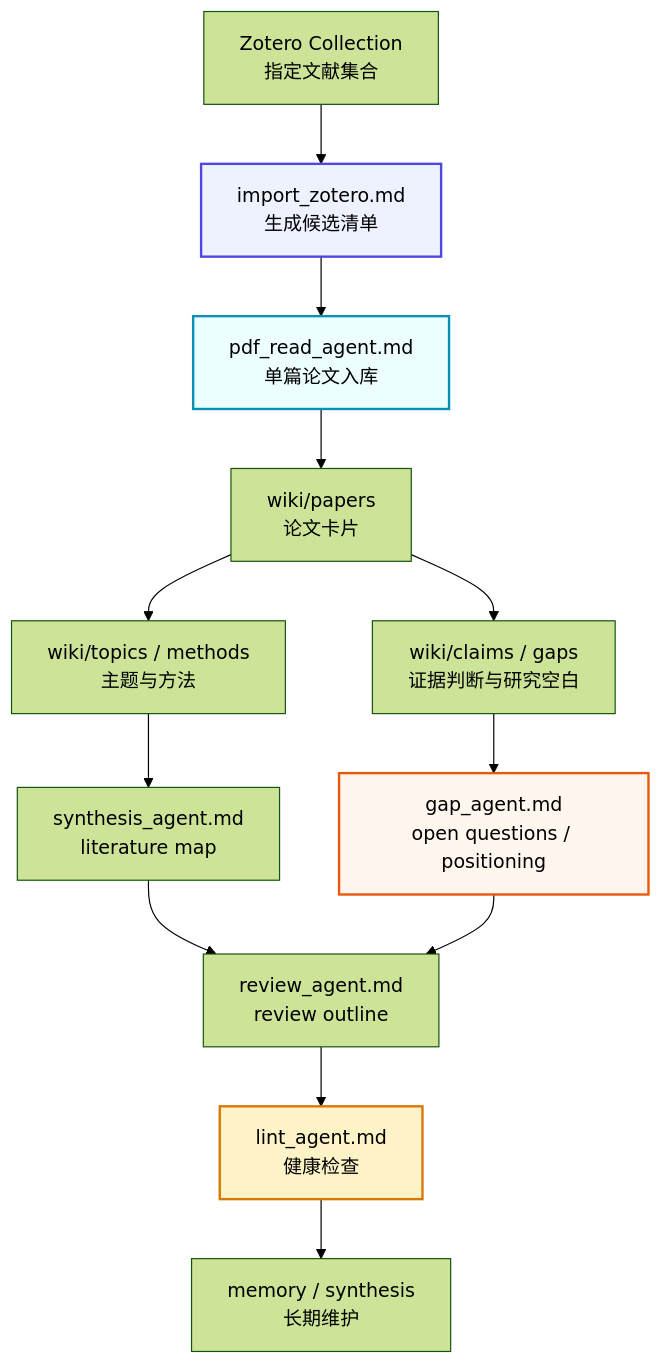
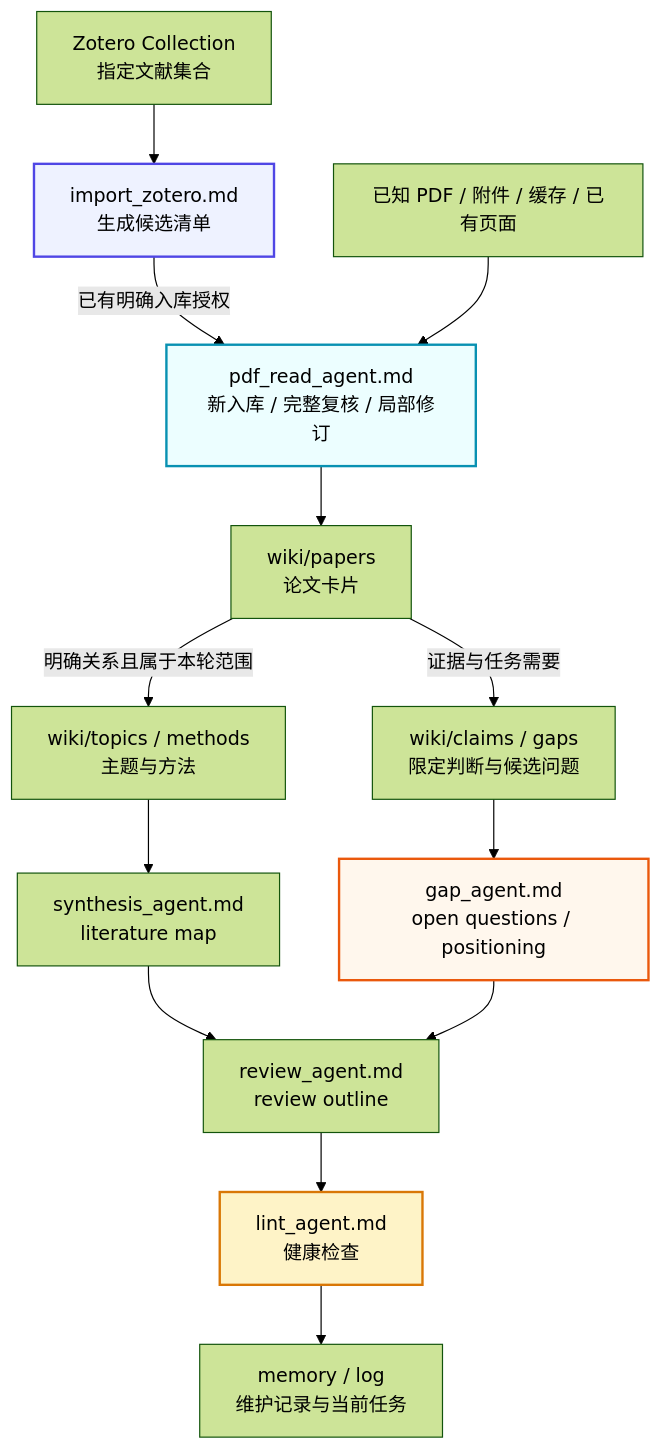
Before and after one commit to neuhanxiaobo1/Claude-wiki: the diagram in README.md, drawn with Mermaid (forest theme). The commit also changed other lines of this file and 30 other files, not shown here.

````diff
--- a/README.md
+++ b/README.md
@@ -87,19 +87,20 @@
 ```mermaid
 flowchart TD
     A["Zotero Collection<br/>指定文献集合"] --> B["import_zotero.md<br/>生成候选清单"]
-    B --> C["pdf_read_agent.md<br/>单篇论文入库"]
+    B -->|已有明确入库授权| C["pdf_read_agent.md<br/>新入库 / 完整复核 / 局部修订"]
+    L["已知 PDF / 附件 / 缓存 / 已有页面"] --> C
     C --> D["wiki/papers<br/>论文卡片"]
-    D --> E["wiki/topics / methods<br/>主题与方法"]
-    D --> F["wiki/claims / gaps<br/>证据判断与研究空白"]
+    D -->|明确关系且属于本轮范围| E["wiki/topics / methods<br/>主题与方法"]
+    D -->|证据与任务需要| F["wiki/claims / gaps<br/>限定判断与候选问题"]
     E --> G["synthesis_agent.md<br/>literature map"]
     F --> H["gap_agent.md<br/>open questions / positioning"]
     G --> I["review_agent.md<br/>review outline"]
     H --> I
     I --> J["lint_agent.md<br/>健康检查"]
-    J --> K["memory / synthesis<br/>长期维护"]
+    J --> K["memory / log<br/>维护记录与当前任务"]
 
     style B fill:#eef2ff,stroke:#4f46e5,stroke-width:2px
     style C fill:#ecfeff,stroke:#0891b2,stroke-width:2px
     style H fill:#fff7ed,stroke:#ea580c,stroke-width:2px
     style J fill:#fef3c7,stroke:#d97706,stroke-width:2px
 ```
````
